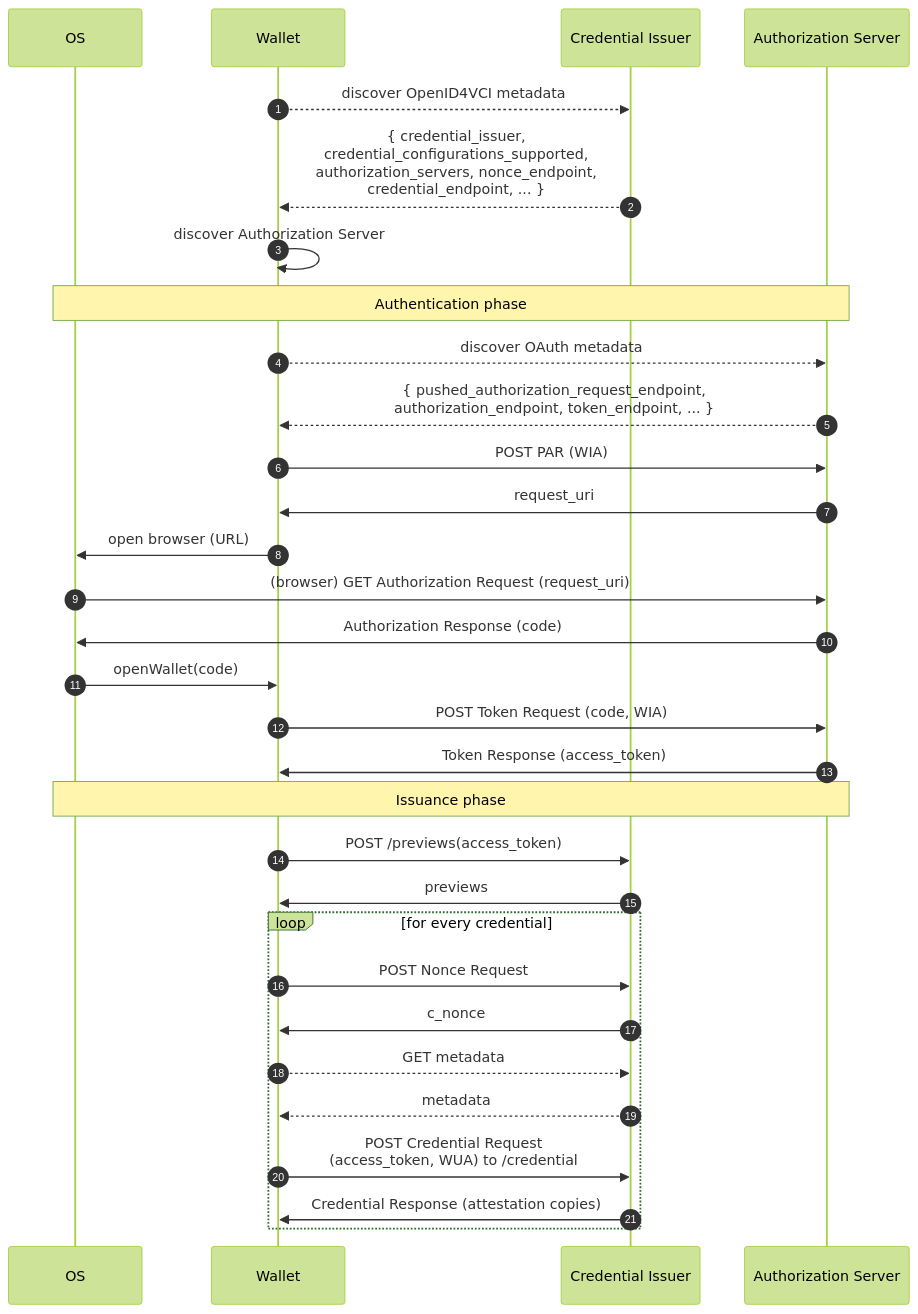
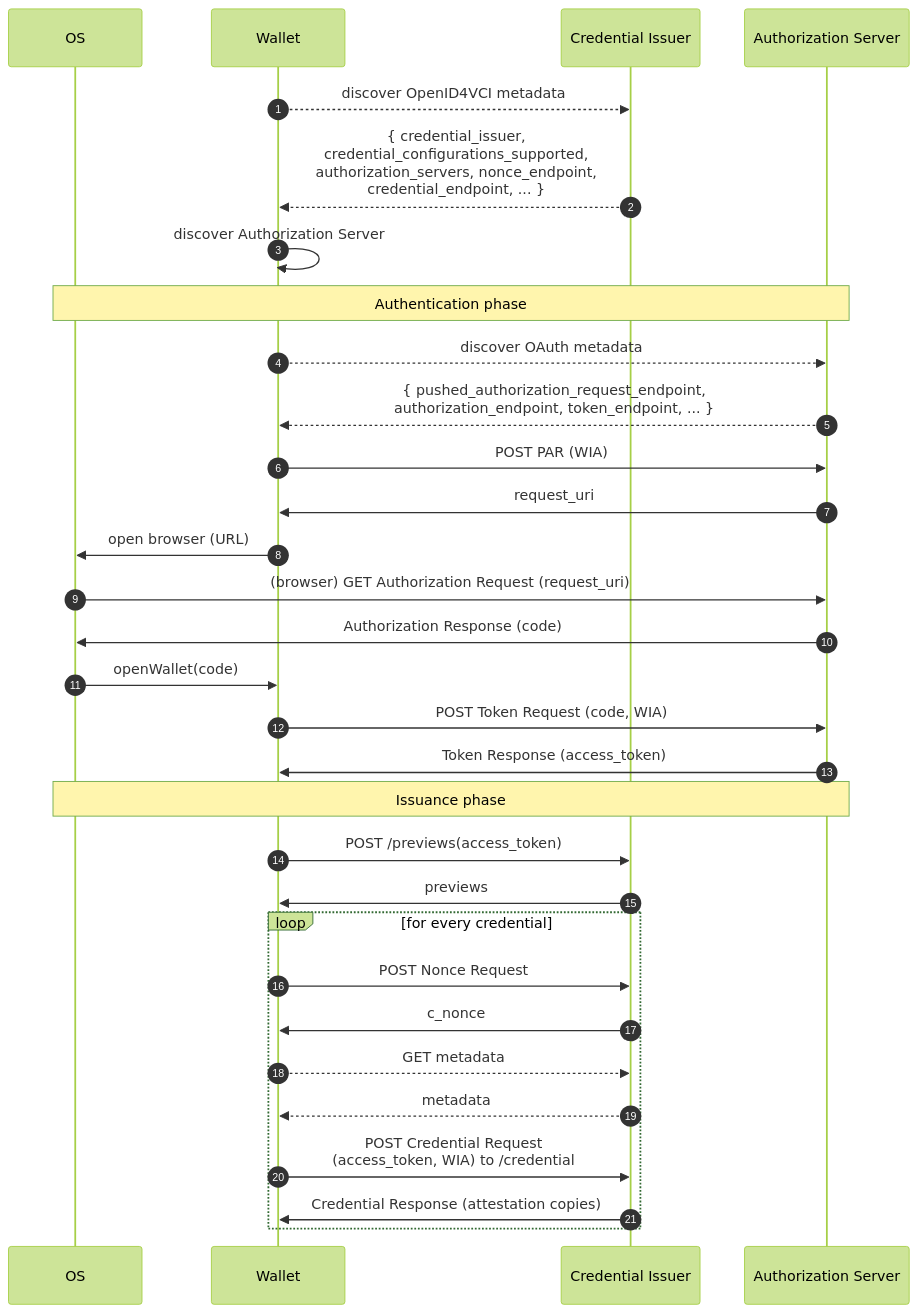
One commit to MinBZK/nl-wallet changed the second of 4 diagrams in wallet_docs/architecture/use-cases/issuance-with-openid4vci.md. Above: the diagram before and after it, drawn with Mermaid (forest theme). The commit also changed other lines of this file and 2 other files, not shown here.

Commit message:
Update remaining WUA acronyms to WIA in documentation

````diff
--- a/wallet_docs/architecture/use-cases/issuance-with-openid4vci.md
+++ b/wallet_docs/architecture/use-cases/issuance-with-openid4vci.md
@@ -103,40 +103,40 @@
 ```{mermaid}
 sequenceDiagram
     autonumber
 
     participant OS
     participant Wallet
     participant CI as Credential Issuer
     participant AS as Authorization Server
 
     Wallet-->>CI: discover OpenID4VCI metadata
     CI-->>Wallet: { credential_issuer,<br/>  credential_configurations_supported,<br/>  authorization_servers, nonce_endpoint,<br/>  credential_endpoint, ... }
     Wallet->>Wallet: discover Authorization Server
 
     Note over OS,AS: Authentication phase
 
     Wallet-->>AS: discover OAuth metadata
     AS-->>Wallet: { pushed_authorization_request_endpoint,<br/>  authorization_endpoint, token_endpoint, ... }
     Wallet->>AS: POST PAR (WIA)
     AS->>Wallet: request_uri
     Wallet->>OS: open browser (URL)
     OS->>AS: (browser) GET Authorization Request (request_uri)
     AS->>OS: Authorization Response (code)
     OS->>Wallet: openWallet(code)
     Wallet->>AS: POST Token Request (code, WIA)
     AS->>Wallet: Token Response (access_token)
 
     Note over OS,AS: Issuance phase
 
     Wallet->>CI: POST /previews(access_token)
     CI->>Wallet: previews
 
     loop for every credential
         Wallet->>CI: POST Nonce Request
         CI->>Wallet: c_nonce
         Wallet-->>CI: GET metadata
         CI-->>Wallet: metadata
-        Wallet->>CI: POST Credential Request<br/>(access_token, WUA) to /credential
+        Wallet->>CI: POST Credential Request<br/>(access_token, WIA) to /credential
         CI->>Wallet: Credential Response (attestation copies)
     end
 ```
````
